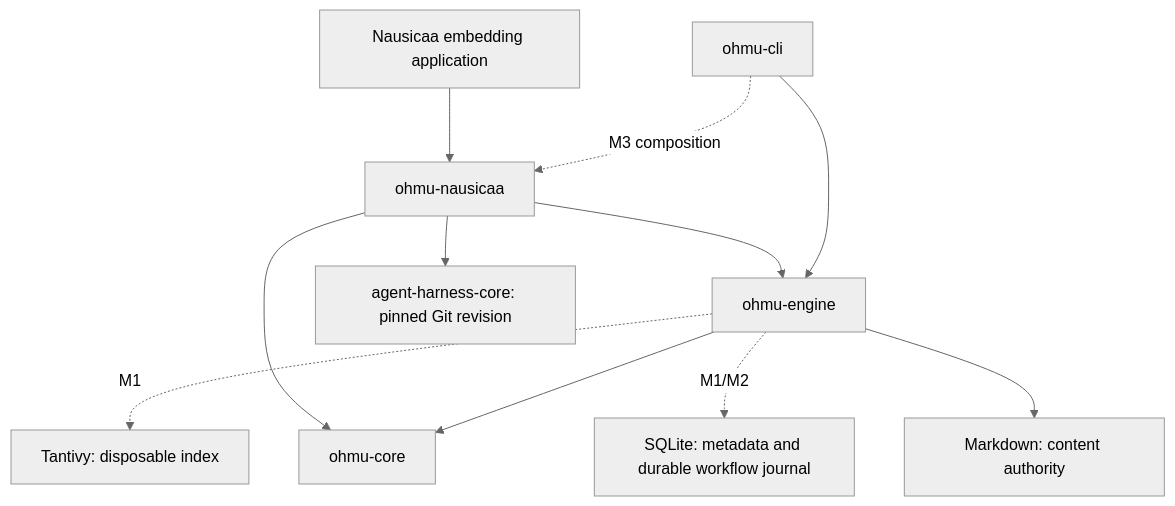
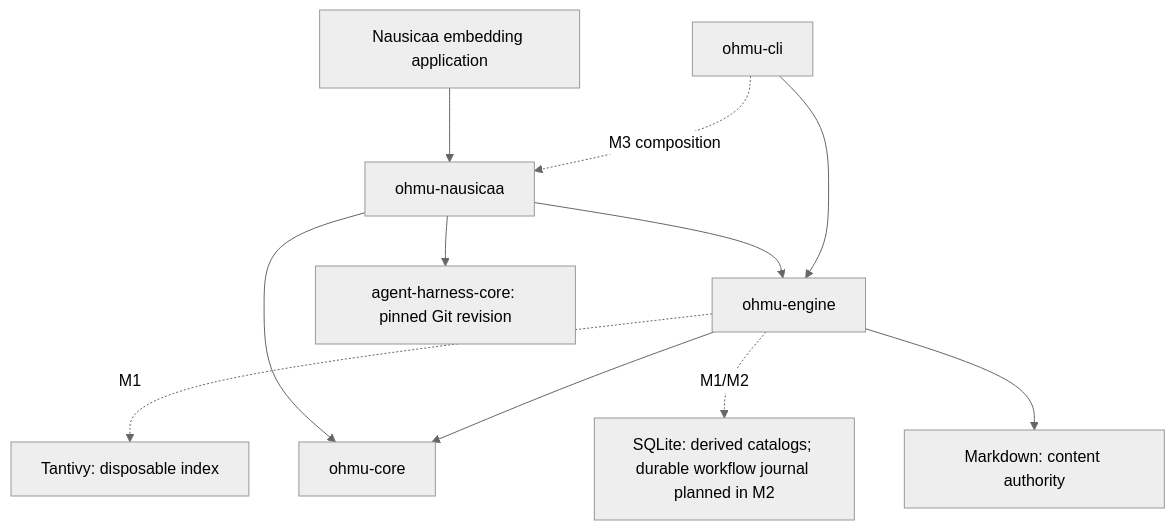
Before and after one commit to Ceskoslov/Ohmu: the diagram in docs/ARCHITECTURE.md, drawn with Mermaid (neutral theme). The commit also changed other lines of this file and 26 other files, not shown here.

Commit message:
feat(m1): complete public imports, page graph and vectorless retrieval

````diff
--- a/docs/ARCHITECTURE.md
+++ b/docs/ARCHITECTURE.md
@@ -9,13 +9,13 @@
 ```mermaid
 flowchart TD
     CLI[ohmu-cli] --> Engine[ohmu-engine]
     CLI -. M3 composition .-> Adapter[ohmu-nausicaa]
     Host[Nausicaa embedding application] --> Adapter
     Adapter --> Engine
     Adapter --> Harness[agent-harness-core: pinned Git revision]
     Engine --> Core[ohmu-core]
     Adapter --> Core
     Engine -. M1 .-> Search[Tantivy: disposable index]
-    Engine -. M1/M2 .-> Metadata[SQLite: metadata and durable workflow journal]
+    Engine -. M1/M2 .-> Metadata[SQLite: derived catalogs; durable workflow journal planned in M2]
     Engine --> Files[Markdown: content authority]
 ```
````
